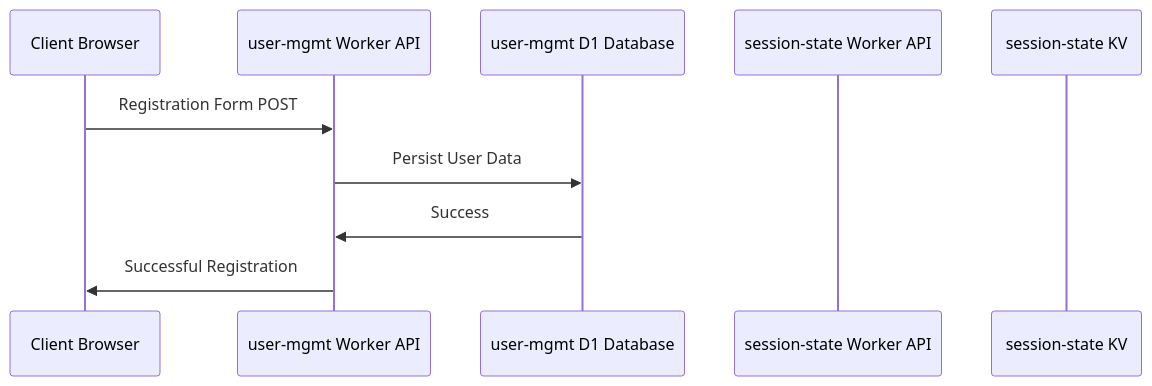
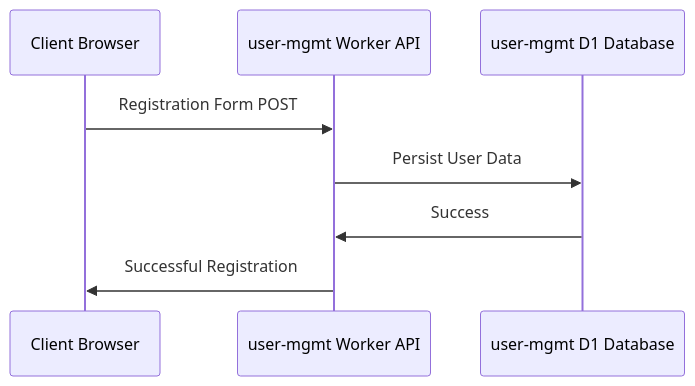
The first of 3 diagrams in DIAGRAMS.md (devondragon/workers-users), drawn with Mermaid before and after one commit.

Commit message:
Removing unneeded participants

````diff
--- a/DIAGRAMS.md
+++ b/DIAGRAMS.md
@@ -7,12 +7,10 @@
 ```mermaid
 sequenceDiagram
     participant CB as Client Browser
     participant UMW as user-mgmt Worker API
     participant UMD as user-mgmt D1 Database
-    participant SSW as session-state Worker API
-    participant SSKV as session-state KV
     CB->>UMW: Registration Form POST
     UMW->>UMD: Persist User Data
     UMD->>UMW: Success
     UMW->>CB: Successful Registration
 ```
````
